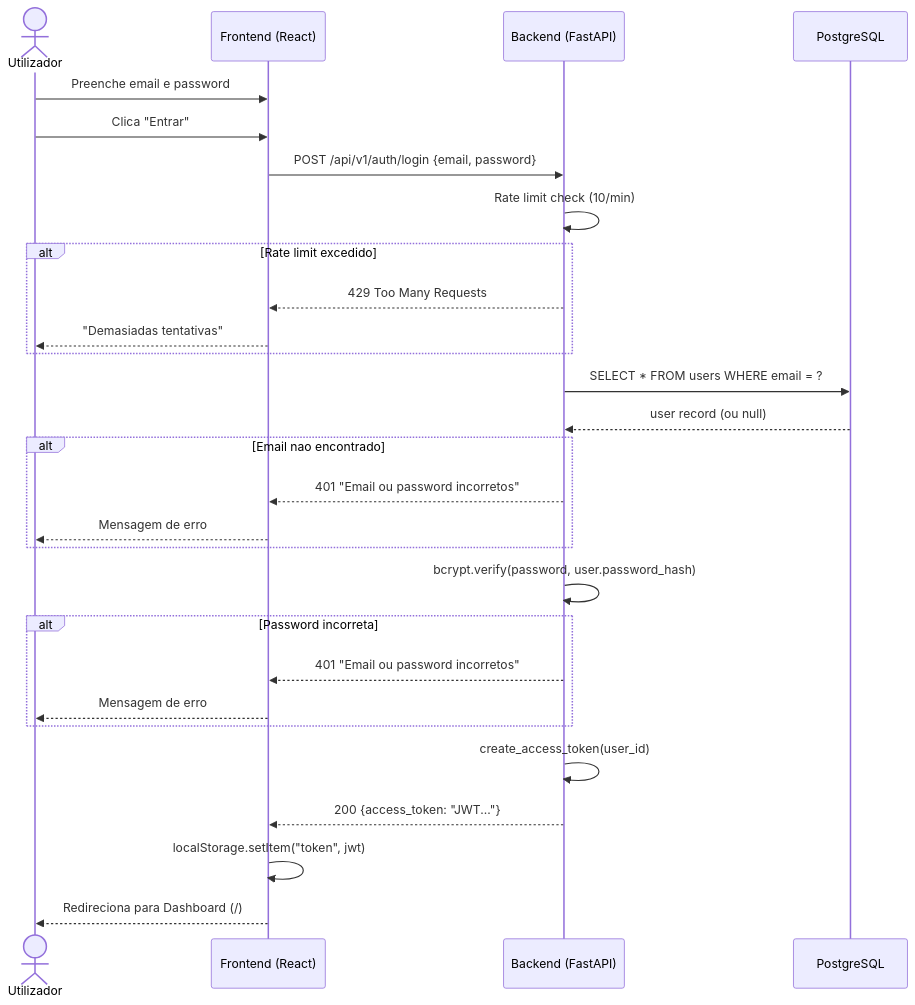
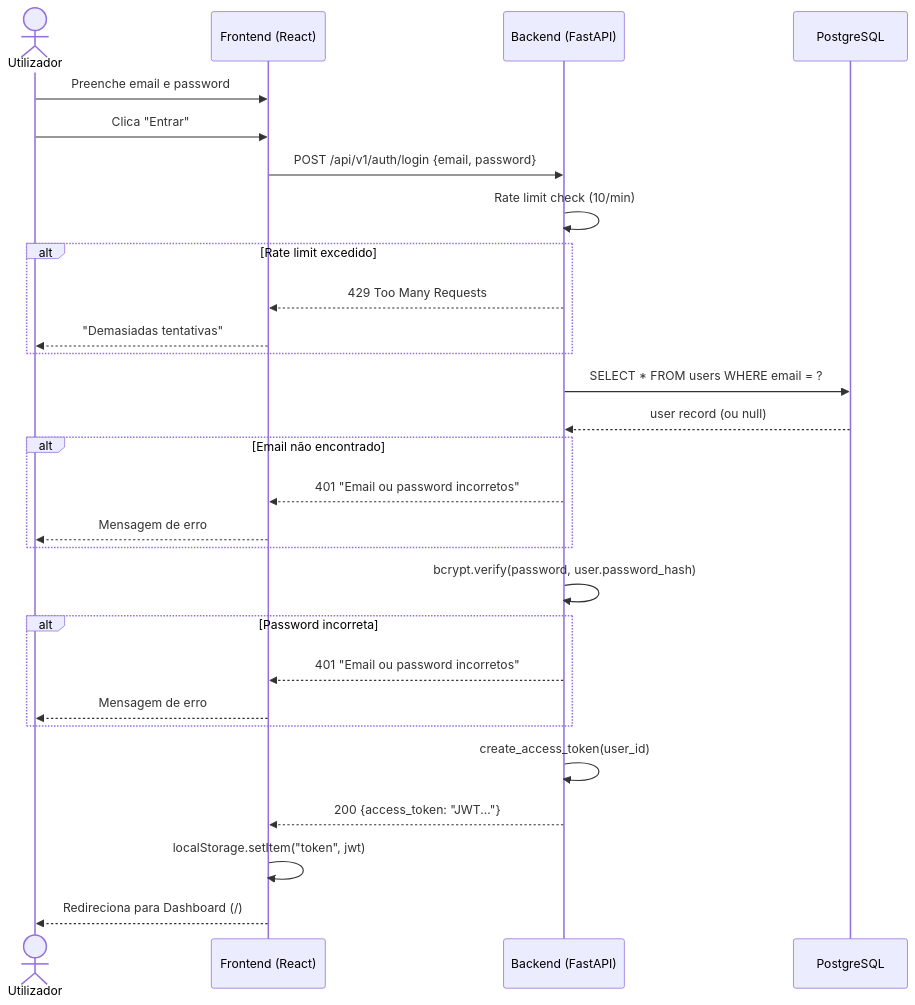
One commit to henriquelaia/FinTwin changed the first of 5 diagrams in docs/sprint1/04_diagramas_sequencia.md. Above: the diagram before and after it, drawn with Mermaid. The commit also changed other lines of this file and 11 other files, not shown here.

````diff
--- a/docs/sprint1/04_diagramas_sequencia.md
+++ b/docs/sprint1/04_diagramas_sequencia.md
@@ -5,38 +5,38 @@
 ```mermaid
 sequenceDiagram
     actor U as Utilizador
     participant FE as Frontend (React)
     participant API as Backend (FastAPI)
     participant DB as PostgreSQL
 
     U->>FE: Preenche email e password
     U->>FE: Clica "Entrar"
     FE->>API: POST /api/v1/auth/login {email, password}
 
     API->>API: Rate limit check (10/min)
 
     alt Rate limit excedido
         API-->>FE: 429 Too Many Requests
         FE-->>U: "Demasiadas tentativas"
     end
 
     API->>DB: SELECT * FROM users WHERE email = ?
     DB-->>API: user record (ou null)
 
-    alt Email nao encontrado
+    alt Email não encontrado
         API-->>FE: 401 "Email ou password incorretos"
         FE-->>U: Mensagem de erro
     end
 
     API->>API: bcrypt.verify(password, user.password_hash)
 
     alt Password incorreta
         API-->>FE: 401 "Email ou password incorretos"
         FE-->>U: Mensagem de erro
     end
 
     API->>API: create_access_token(user_id)
     API-->>FE: 200 {access_token: "JWT..."}
     FE->>FE: localStorage.setItem("token", jwt)
     FE-->>U: Redireciona para Dashboard (/)
 ```
````
